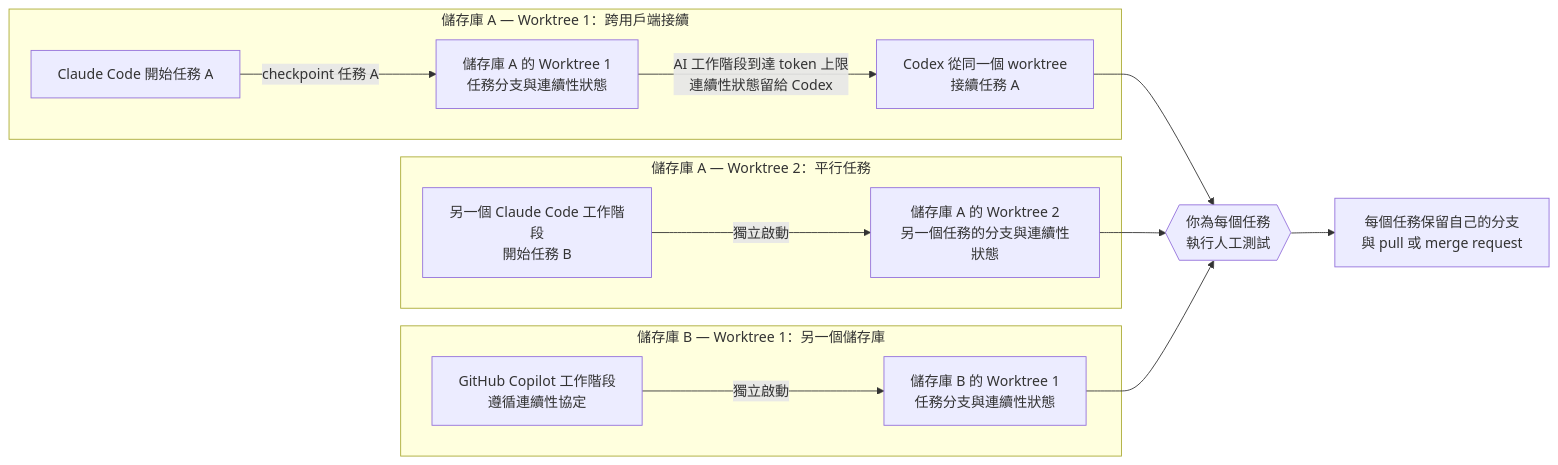
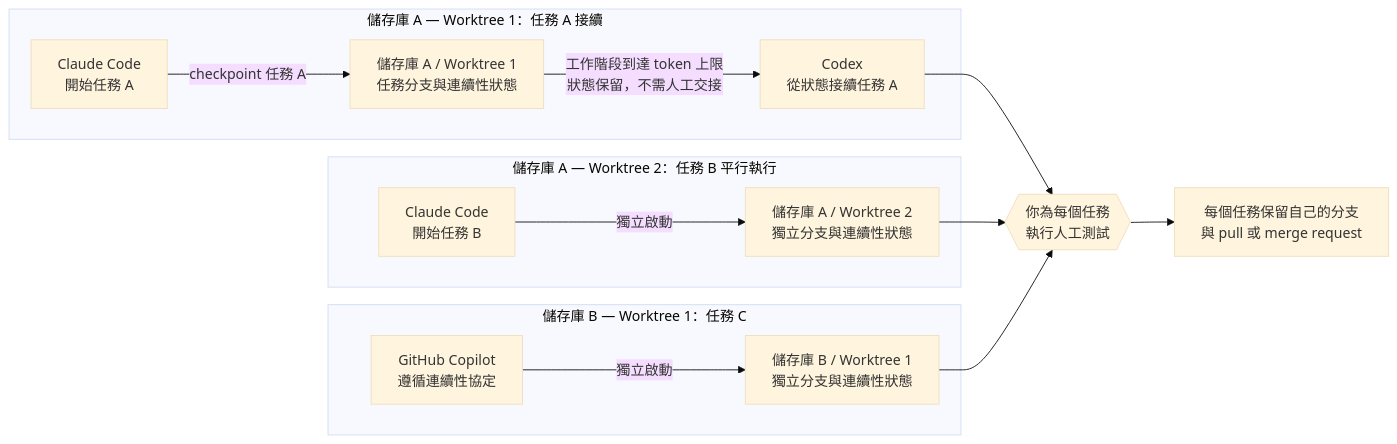
The third of 3 diagrams in README.zh-TW.md (sherrilla71940/dotfiles), drawn with Mermaid before and after one commit. The commit also changed other lines of this file and 1 other file, not shown here.

Commit message:
docs(readme): clarify Mermaid workflow diagrams

````diff
--- a/README.zh-TW.md
+++ b/README.zh-TW.md
@@ -251,30 +253,31 @@
 ```mermaid
+%%{init: {"theme": "base", "themeVariables": {"fontSize": "16px", "fontFamily": "system-ui, sans-serif"}}}%%
 flowchart LR
-    subgraph taskA["儲存庫 A — Worktree 1：跨用戶端接續"]
-        claudeA["Claude Code 開始任務 A"]
-        workA["儲存庫 A 的 Worktree 1<br/>任務分支與連續性狀態"]
-        codexA["Codex 從同一個 worktree<br/>接續任務 A"]
+    subgraph taskA["儲存庫 A — Worktree 1：任務 A 接續"]
+        claudeA["Claude Code<br/>開始任務 A"]
+        workA["儲存庫 A / Worktree 1<br/>任務分支與連續性狀態"]
+        codexA["Codex<br/>從狀態接續任務 A"]
         claudeA -->|"checkpoint 任務 A"| workA
-        workA -->|"AI 工作階段到達 token 上限<br/>連續性狀態留給 Codex"| codexA
+        workA -->|"工作階段到達 token 上限<br/>狀態保留，不需人工交接"| codexA
     end
 
-    subgraph taskB["儲存庫 A — Worktree 2：平行任務"]
-        claudeB["另一個 Claude Code 工作階段<br/>開始任務 B"]
-        workB["儲存庫 A 的 Worktree 2<br/>另一個任務的分支與連續性狀態"]
+    subgraph taskB["儲存庫 A — Worktree 2：任務 B 平行執行"]
+        claudeB["Claude Code<br/>開始任務 B"]
+        workB["儲存庫 A / Worktree 2<br/>獨立分支與連續性狀態"]
         claudeB -->|"獨立啟動"| workB
     end
 
-    subgraph taskC["儲存庫 B — Worktree 1：另一個儲存庫"]
-        copilotC["GitHub Copilot 工作階段<br/>遵循連續性協定"]
-        workC["儲存庫 B 的 Worktree 1<br/>任務分支與連續性狀態"]
+    subgraph taskC["儲存庫 B — Worktree 1：任務 C"]
+        copilotC["GitHub Copilot<br/>遵循連續性協定"]
+        workC["儲存庫 B / Worktree 1<br/>獨立分支與連續性狀態"]
         copilotC -->|"獨立啟動"| workC
     end
 
     gate{{"你為每個任務<br/>執行人工測試"}}
     out["每個任務保留自己的分支<br/>與 pull 或 merge request"]
 
     codexA --> gate
     workB --> gate
     workC --> gate
     gate --> out
 ```
````
